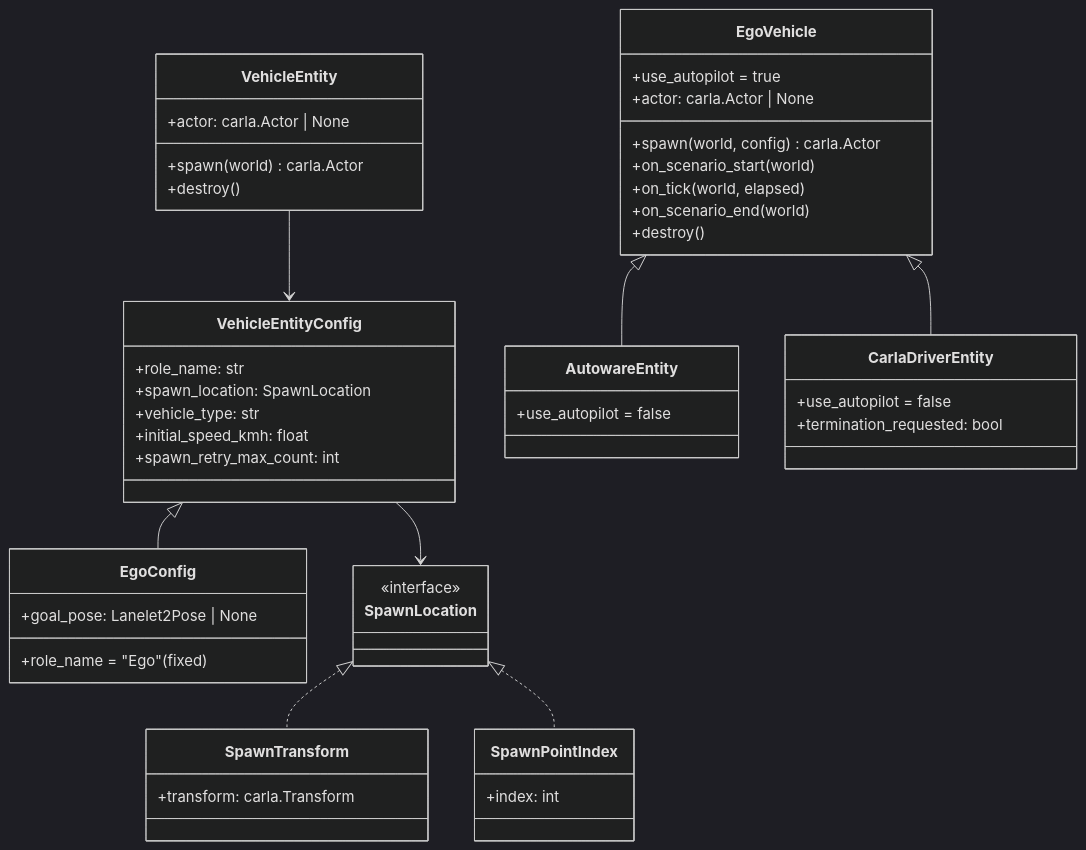
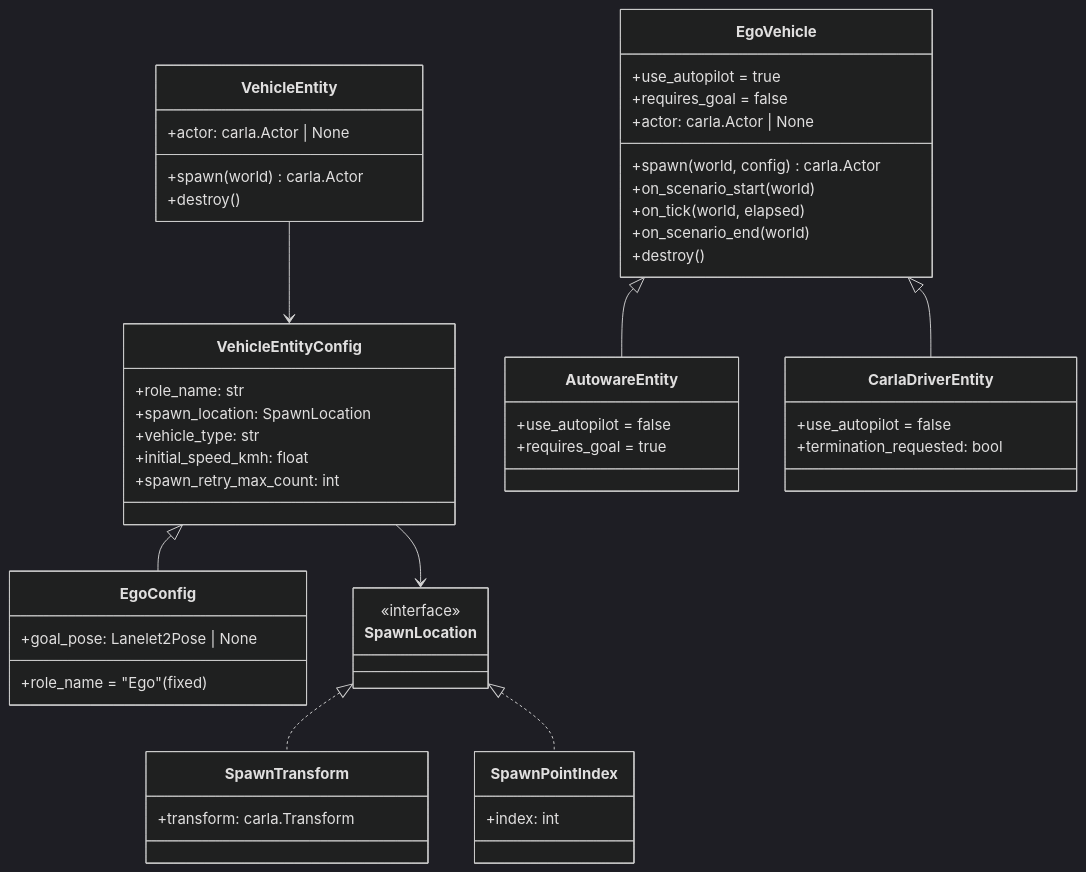
Before and after one commit to autowarefoundation/autoware_carla_scenario: diagram 12 of 14 in autoware_carla_scenario/docs/architecture.md, drawn with Mermaid (dark theme). The commit also changed other lines of this file and 21 other files, not shown here.

````diff
--- a/autoware_carla_scenario/docs/architecture.md
+++ b/autoware_carla_scenario/docs/architecture.md
@@ -678,60 +678,62 @@
 ```mermaid
 classDiagram
     class VehicleEntityConfig {
         +role_name: str
         +spawn_location: SpawnLocation
         +vehicle_type: str
         +initial_speed_kmh: float
         +spawn_retry_max_count: int
     }
 
     class EgoConfig {
         +role_name = "Ego" (fixed)
         +goal_pose: Lanelet2Pose | None
     }
 
     class SpawnLocation {
         <<interface>>
     }
 
     class SpawnTransform {
         +transform: carla.Transform
     }
 
     class SpawnPointIndex {
         +index: int
     }
 
     class VehicleEntity {
         +actor: carla.Actor | None
         +spawn(world) carla.Actor
         +destroy()
     }
 
     class EgoVehicle {
         +use_autopilot = true
+        +requires_goal = false
         +actor: carla.Actor | None
         +spawn(world, config) carla.Actor
         +on_scenario_start(world)
         +on_tick(world, elapsed)
         +on_scenario_end(world)
         +destroy()
     }
 
     class AutowareEntity {
         +use_autopilot = false
+        +requires_goal = true
     }
 
     class CarlaDriverEntity {
         +use_autopilot = false
         +termination_requested: bool
     }
 
     VehicleEntityConfig <|-- EgoConfig
     SpawnLocation <|.. SpawnTransform
     SpawnLocation <|.. SpawnPointIndex
     VehicleEntityConfig --> SpawnLocation
     VehicleEntity --> VehicleEntityConfig
     EgoVehicle <|-- AutowareEntity
     EgoVehicle <|-- CarlaDriverEntity
 ```
````
